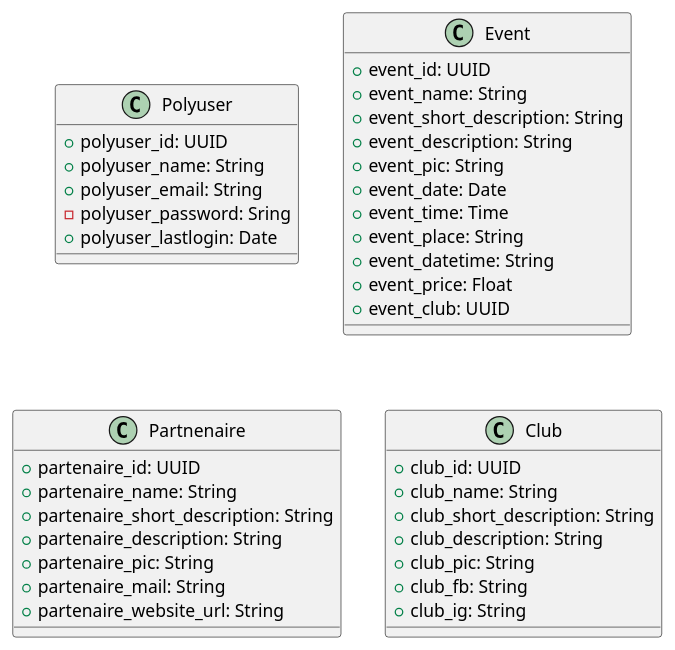
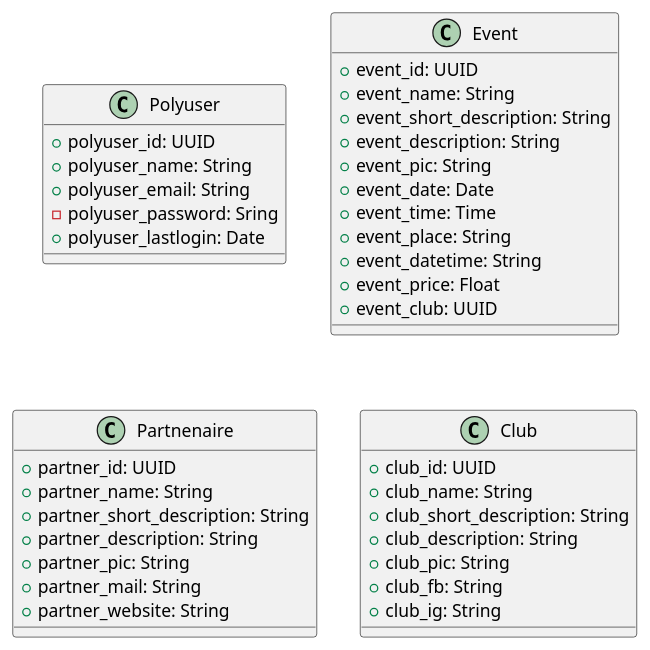
The first of 3 diagrams in doc/diagrams.plantuml (bde-polytech-montpellier/bde-website-api), drawn with PlantUML before and after one commit. The commit also changed 6 other files, not shown here.

```diff
--- a/doc/diagrams.plantuml
+++ b/doc/diagrams.plantuml
@@ -1,43 +1,43 @@
 @startuml db
 class Polyuser {
   + polyuser_id: UUID
   + polyuser_name: String
   + polyuser_email: String
   - polyuser_password: Sring
   + polyuser_lastlogin: Date
 }
 
 class Event {
   + event_id: UUID
   + event_name: String
   + event_short_description: String
   + event_description: String
   + event_pic: String
   + event_date: Date
   + event_time: Time
   + event_place: String
   + event_datetime: String
   + event_price: Float
   + event_club: UUID
 }
 
 class Partnenaire {
-  + partenaire_id: UUID
-  + partenaire_name: String
-  + partenaire_short_description: String
-  + partenaire_description: String
-  + partenaire_pic: String
-  + partenaire_mail: String
-  + partenaire_website_url: String
+  + partner_id: UUID
+  + partner_name: String
+  + partner_short_description: String
+  + partner_description: String
+  + partner_pic: String
+  + partner_mail: String
+  + partner_website: String
 }
 
 class Club {
   + club_id: UUID
   + club_name: String
   + club_short_description: String
   + club_description: String
   + club_pic: String
   + club_fb: String
   + club_ig: String
 }
 @enduml
```
